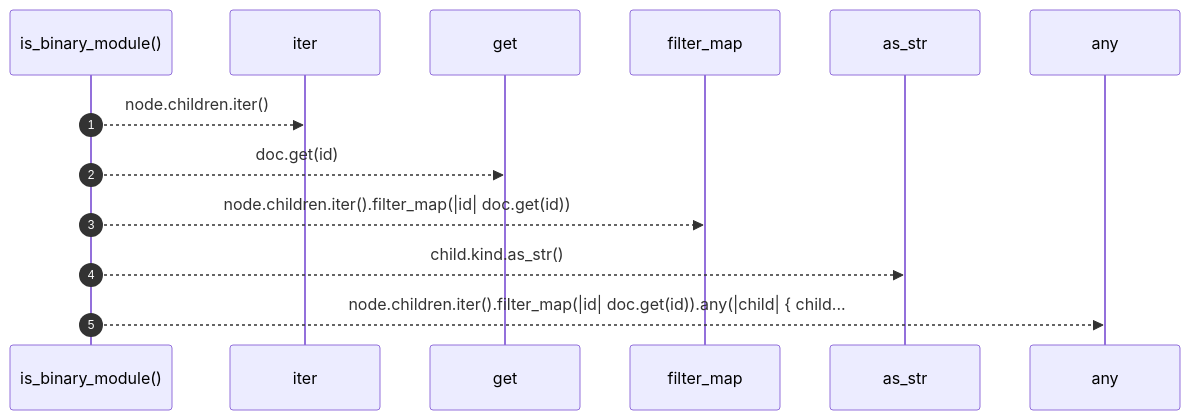
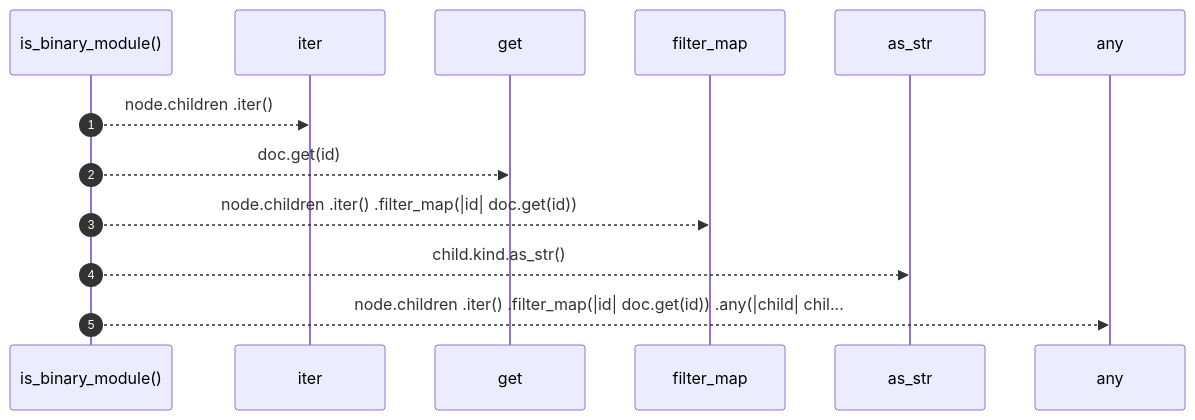
One commit to RyanGuild/self-describing-code changed the diagram in docs/self-model/robby_render/view/select/is-binary-module.md. Above: the diagram before and after it, drawn with Mermaid. The commit also changed other lines of this file and 747 other files, not shown here.

````diff
--- a/docs/self-model/robby_render/view/select/is-binary-module.md
+++ b/docs/self-model/robby_render/view/select/is-binary-module.md
@@ -20,15 +21,15 @@
 ```mermaid
 sequenceDiagram
     autonumber
     participant is_binary_module as is_binary_module()
     participant iter as iter
     participant get as get
     participant filter_map as filter_map
     participant as_str as as_str
     participant any as any
-    is_binary_module-->>iter: node.children.iter()
+    is_binary_module-->>iter: node.children .iter()
     is_binary_module-->>get: doc.get(id)
-    is_binary_module-->>filter_map: node.children.iter().filter_map(|id| doc.get(id))
+    is_binary_module-->>filter_map: node.children .iter() .filter_map(|id| doc.get(id))
     is_binary_module-->>as_str: child.kind.as_str()
-    is_binary_module-->>any: node.children.iter().filter_map(|id| doc.get(id)).any(|child| { child...
+    is_binary_module-->>any: node.children .iter() .filter_map(|id| doc.get(id)) .any(|child| chil...
 ```
````
